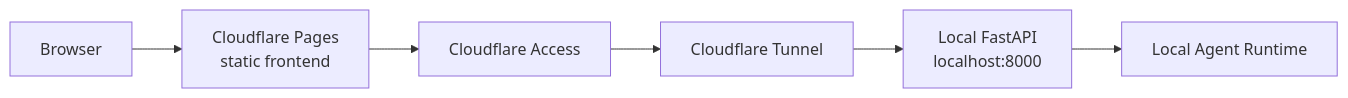
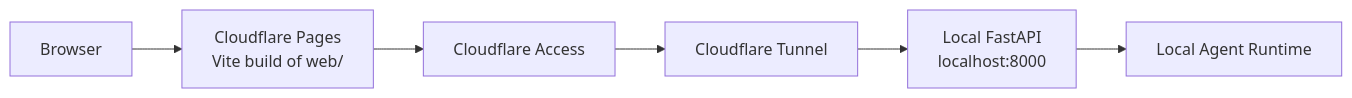
Before and after one commit to ZhanLiang06/Personal-AI-Assistant: the fourth of 4 diagrams in README.md, drawn with Mermaid. The commit also changed other lines of this file and 34 other files, not shown here.

````diff
--- a/README.md
+++ b/README.md
@@ -169,8 +183,8 @@
 ```mermaid
 flowchart LR
-    Browser["Browser"] --> Pages["Cloudflare Pages<br/>static frontend"]
+    Browser["Browser"] --> Pages["Cloudflare Pages<br/>Vite build of web/"]
     Pages --> Access["Cloudflare Access"]
     Access --> Tunnel["Cloudflare Tunnel"]
     Tunnel --> FastAPI["Local FastAPI<br/>localhost:8000"]
     FastAPI --> Agent["Local Agent Runtime"]
 ```
````
